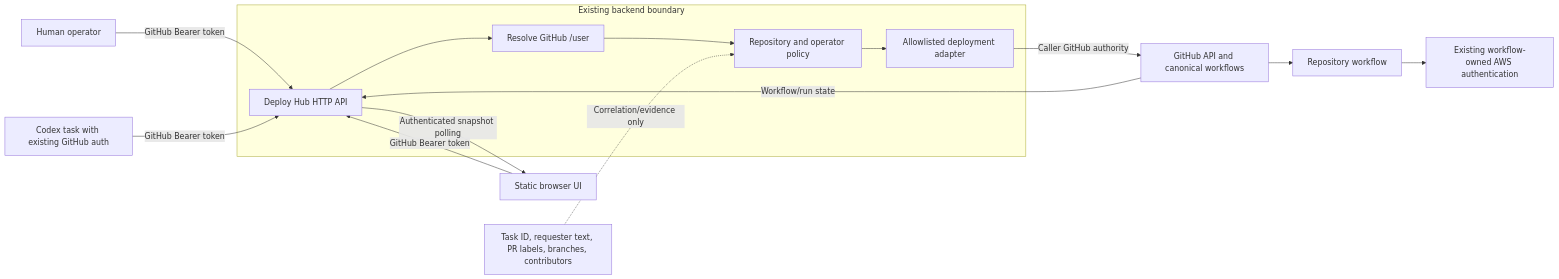
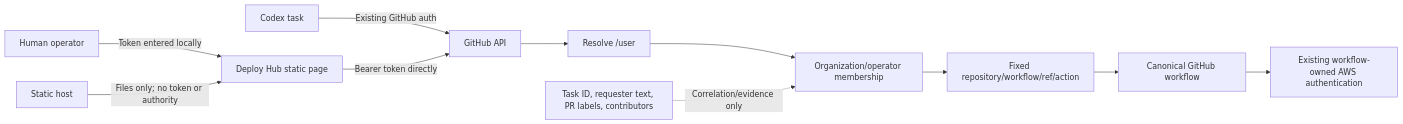
One commit to 6529-Collections/deploy-hub changed the diagram in docs/diagrams/security-trust-boundaries.mmd. Above: the diagram before and after it, drawn with Mermaid. The commit also changed 23 other files, not shown here.

Commit message:
Add portable static GitHub authentication

```diff
--- a/docs/diagrams/security-trust-boundaries.mmd
+++ b/docs/diagrams/security-trust-boundaries.mmd
@@ -1,18 +1,13 @@
 flowchart LR
-    U["Human operator"] -->|"GitHub Bearer token"| API["Deploy Hub HTTP API"]
-    C["Codex task with existing GitHub auth"] -->|"GitHub Bearer token"| API
-    B["Static browser UI"] -->|"GitHub Bearer token"| API
+    U["Human operator"] -->|"Token entered locally"| UI["Deploy Hub static page"]
+    C["Codex task"] -->|"Existing GitHub auth"| GH["GitHub API"]
+    UI -->|"Bearer token directly"| GH
 
-    subgraph S["Existing backend boundary"]
-        API --> V["Resolve GitHub /user"]
-        V --> P["Repository and operator policy"]
-        P --> A["Allowlisted deployment adapter"]
-    end
+    GH --> V["Resolve /user"]
+    V --> P["Organization/operator membership"]
+    P --> A["Fixed repository/workflow/ref/action"]
+    A --> W["Canonical GitHub workflow"]
+    W --> AWS["Existing workflow-owned AWS authentication"]
 
-    A -->|"Caller GitHub authority"| GH["GitHub API and canonical workflows"]
-    GH --> R["Repository workflow"]
-    R --> AWS["Existing workflow-owned AWS authentication"]
-    GH -->|"Workflow/run state"| API
-    API -->|"Authenticated snapshot polling"| B
-
-    X["Task ID, requester text, PR labels, branches, contributors"] -. "Correlation/evidence only" .-> P
+    X["Task ID, requester text, PR labels, contributors"] -. "Correlation/evidence only" .-> P
+    H["Static host"] -->|"Files only; no token or authority"| UI
```
